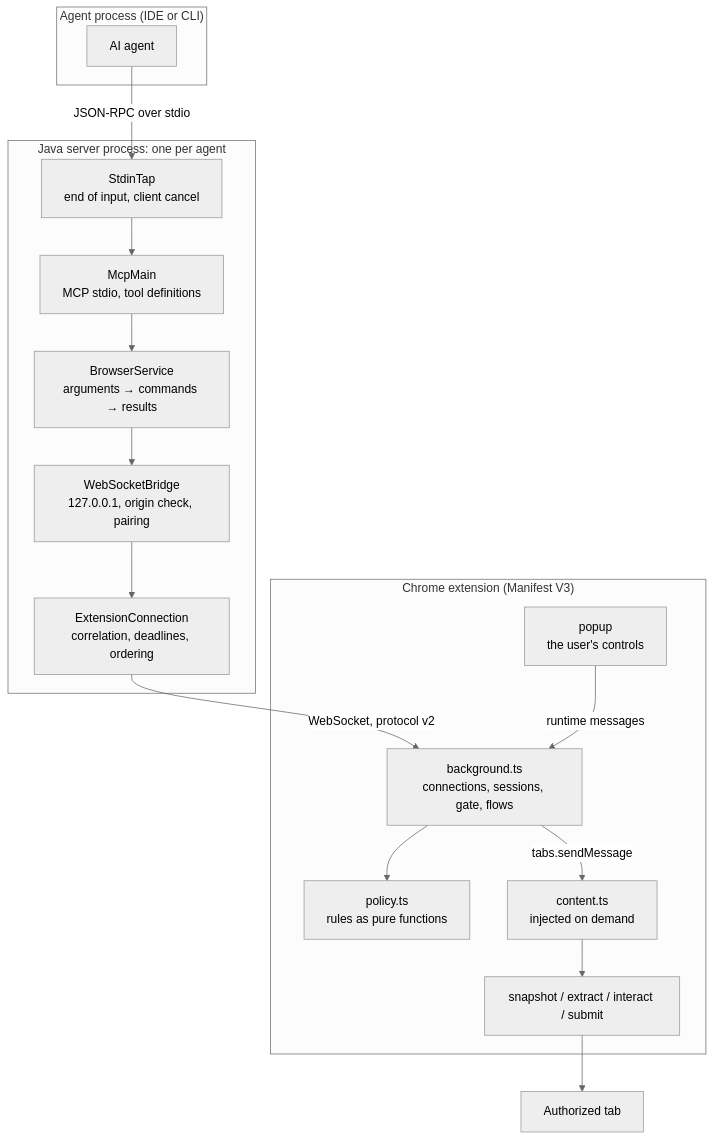
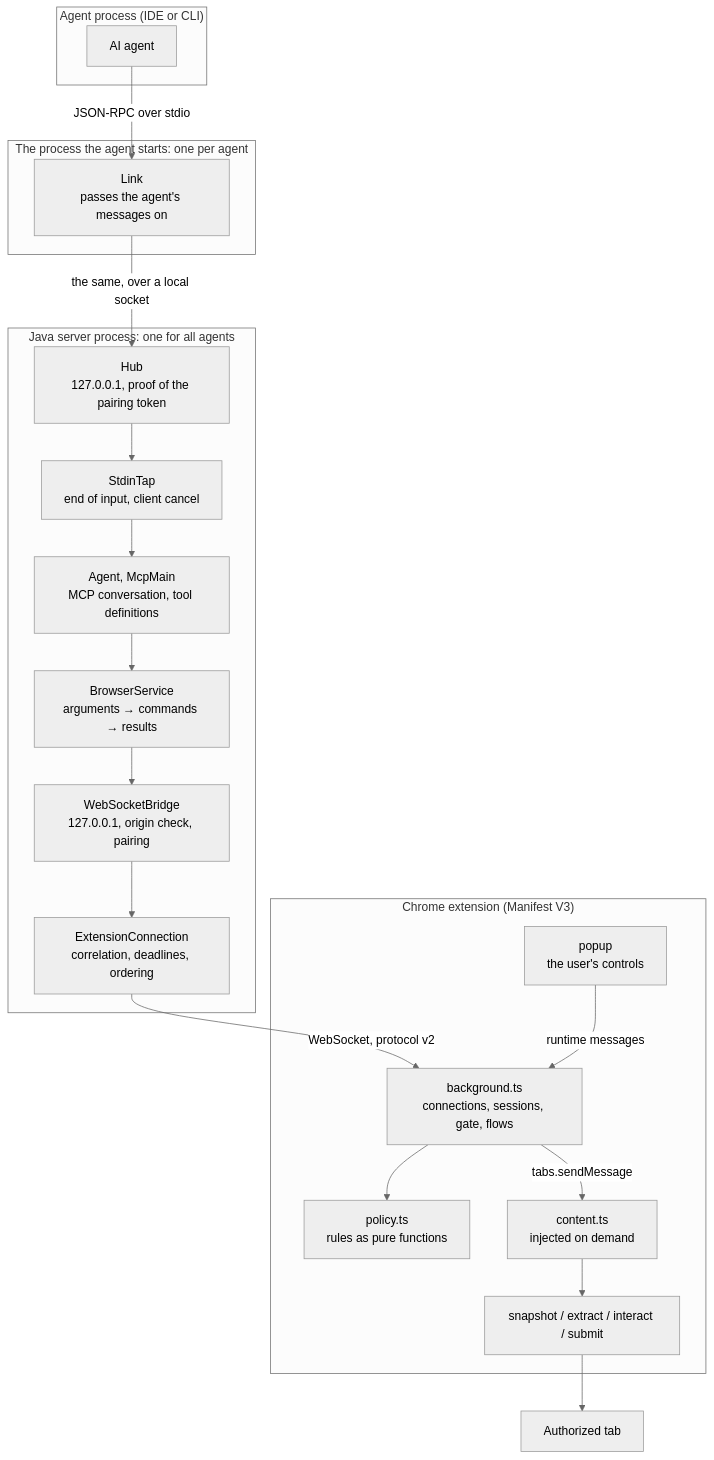
The first of 7 diagrams in docs/architecture.md (LaughingManCommits/TabGoblin), drawn with Mermaid (neutral theme) before and after one commit. The commit also changed other lines of this file and 40 other files, not shown here.

````diff
--- a/docs/architecture.md
+++ b/docs/architecture.md
@@ -9,27 +9,31 @@
 ```mermaid
 flowchart TB
   subgraph agentp["Agent process (IDE or CLI)"]
     AG["AI agent"]
   end
-  subgraph serverp["Java server process: one per agent"]
+  subgraph linkp["The process the agent starts: one per agent"]
+    LINK["Link<br/>passes the agent's messages on"]
+  end
+  subgraph serverp["Java server process: one for all agents"]
+    HUB["Hub<br/>127.0.0.1, proof of the pairing token"]
     TAP["StdinTap<br/>end of input, client cancel"]
-    MCP["McpMain<br/>MCP stdio, tool definitions"]
+    MCP["Agent, McpMain<br/>MCP conversation, tool definitions"]
     SVC["BrowserService<br/>arguments → commands → results"]
     BR["WebSocketBridge<br/>127.0.0.1, origin check, pairing"]
     CONN["ExtensionConnection<br/>correlation, deadlines, ordering"]
   end
   subgraph ext["Chrome extension (Manifest V3)"]
     BG["background.ts<br/>connections, sessions, gate, flows"]
     POL["policy.ts<br/>rules as pure functions"]
     POP["popup<br/>the user's controls"]
     CS["content.ts<br/>injected on demand"]
     DOM["snapshot / extract / interact / submit"]
   end
   PAGE["Authorized tab"]
 
-  AG -- "JSON-RPC over stdio" --> TAP --> MCP --> SVC --> BR --> CONN
+  AG -- "JSON-RPC over stdio" --> LINK -- "the same, over a local socket" --> HUB --> TAP --> MCP --> SVC --> BR --> CONN
   CONN -- "WebSocket, protocol v2" --> BG
   BG --> POL
   POP -- "runtime messages" --> BG
   BG -- "tabs.sendMessage" --> CS --> DOM --> PAGE
 ```
````
